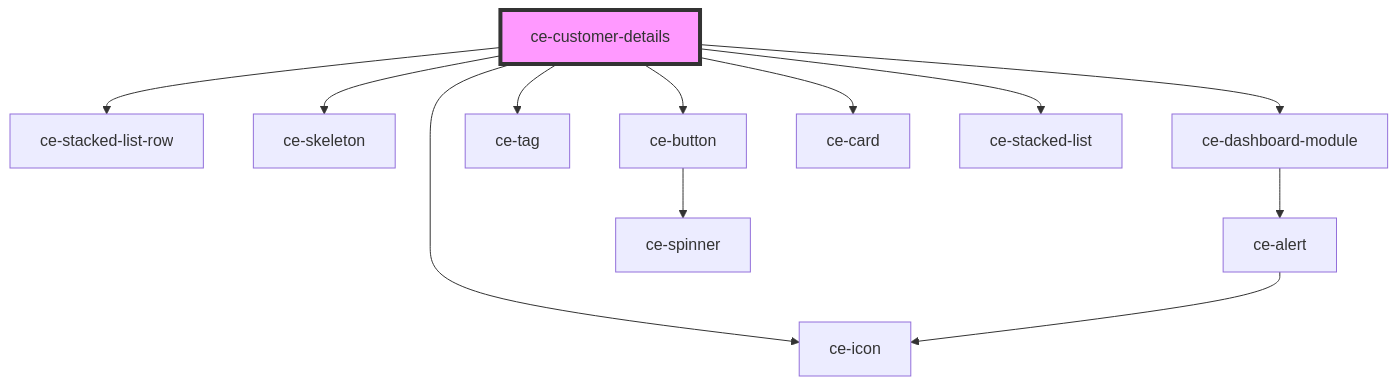
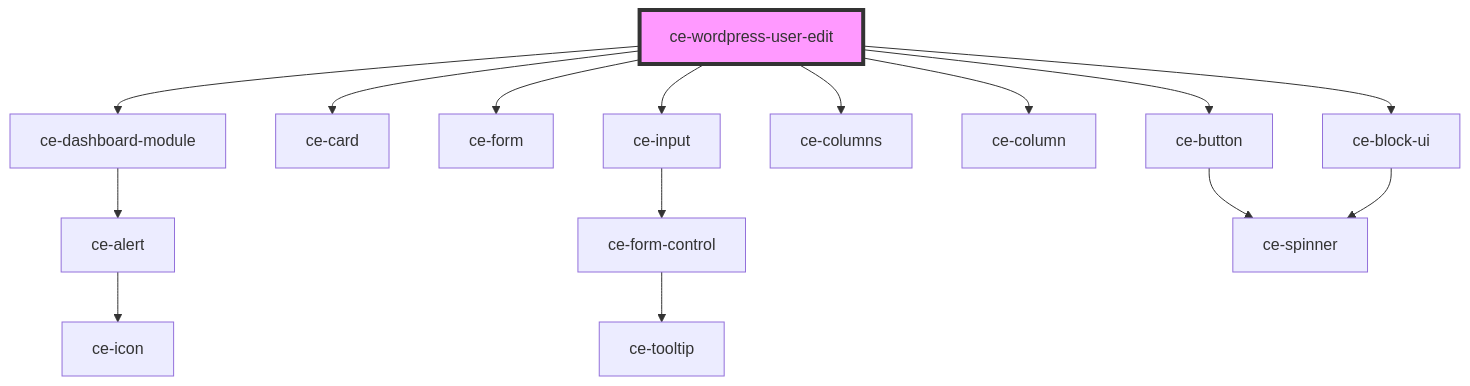
Before and after one commit to surecart/surecart-wp-plugin: the diagram in packages/components/src/components/controllers/dashboard/wordpress-user-edit/readme.md, drawn with Mermaid. The commit also changed other lines of this file and 27 other files, not shown here.

````diff
--- a/packages/components/src/components/controllers/dashboard/wordpress-user-edit/readme.md
+++ b/packages/components/src/components/controllers/dashboard/wordpress-user-edit/readme.md
@@ -30,15 +31,18 @@
 ```mermaid
 graph TD;
-  ce-customer-details --> ce-stacked-list-row
-  ce-customer-details --> ce-skeleton
-  ce-customer-details --> ce-dashboard-module
-  ce-customer-details --> ce-tag
-  ce-customer-details --> ce-button
-  ce-customer-details --> ce-icon
-  ce-customer-details --> ce-card
-  ce-customer-details --> ce-stacked-list
+  ce-wordpress-user-edit --> ce-dashboard-module
+  ce-wordpress-user-edit --> ce-card
+  ce-wordpress-user-edit --> ce-form
+  ce-wordpress-user-edit --> ce-input
+  ce-wordpress-user-edit --> ce-columns
+  ce-wordpress-user-edit --> ce-column
+  ce-wordpress-user-edit --> ce-button
+  ce-wordpress-user-edit --> ce-block-ui
   ce-dashboard-module --> ce-alert
   ce-alert --> ce-icon
+  ce-input --> ce-form-control
+  ce-form-control --> ce-tooltip
   ce-button --> ce-spinner
-  style ce-customer-details fill:#f9f,stroke:#333,stroke-width:4px
+  ce-block-ui --> ce-spinner
+  style ce-wordpress-user-edit fill:#f9f,stroke:#333,stroke-width:4px
 ```
````
